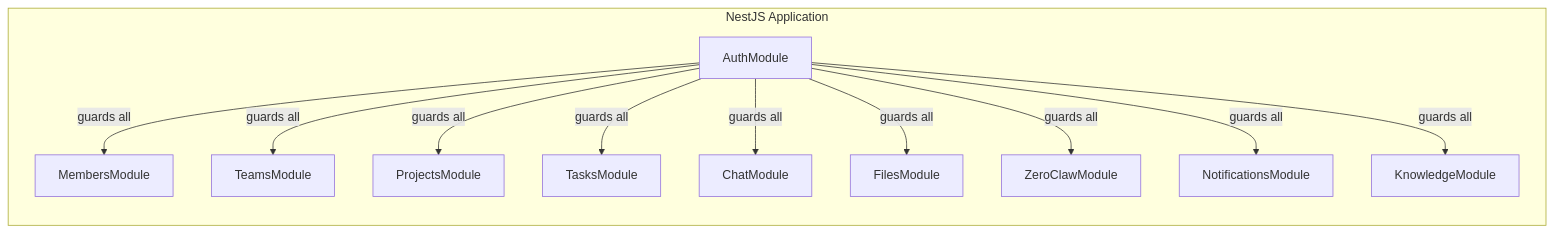
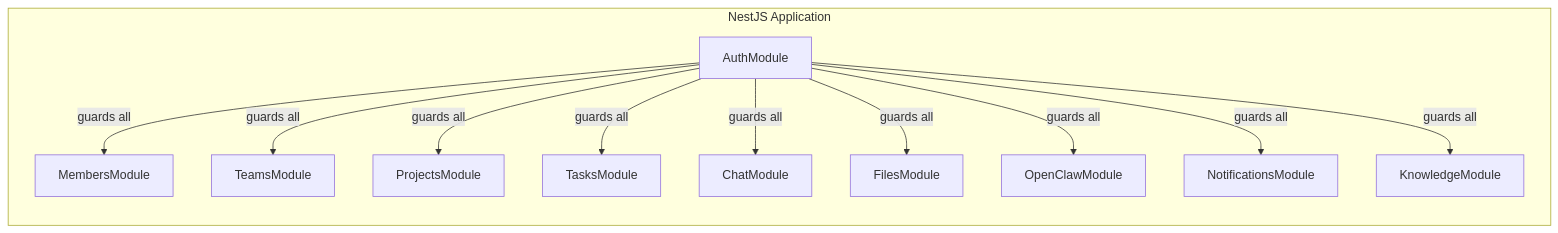
One commit to pde-rent/monokeros changed the second of 7 diagrams in docs/architecture/overview.md. Above: the diagram before and after it, drawn with Mermaid. The commit also changed other lines of this file and 31 other files, not shown here.

First line of the commit message:
feat: rewrite docs for OpenClaw, add acceptance criteria and artifact models

````diff
--- a/docs/architecture/overview.md
+++ b/docs/architecture/overview.md
@@ -91,19 +81,19 @@
 ```mermaid
 graph LR
     subgraph NestJS["NestJS Application"]
         direction TB
         AM["AuthModule"]
         MM["MembersModule"]
         TM["TeamsModule"]
         PM["ProjectsModule"]
         TKM["TasksModule"]
         CM["ChatModule"]
         FM["FilesModule"]
-        ZM["ZeroClawModule"]
+        OCM["OpenClawModule"]
         NM["NotificationsModule"]
         KM["KnowledgeModule"]
     end
 
-    AM -->|guards all| MM & TM & PM & TKM & CM & FM & ZM & NM & KM
+    AM -->|guards all| MM & TM & PM & TKM & CM & FM & OCM & NM & KM
 
 ```
````
